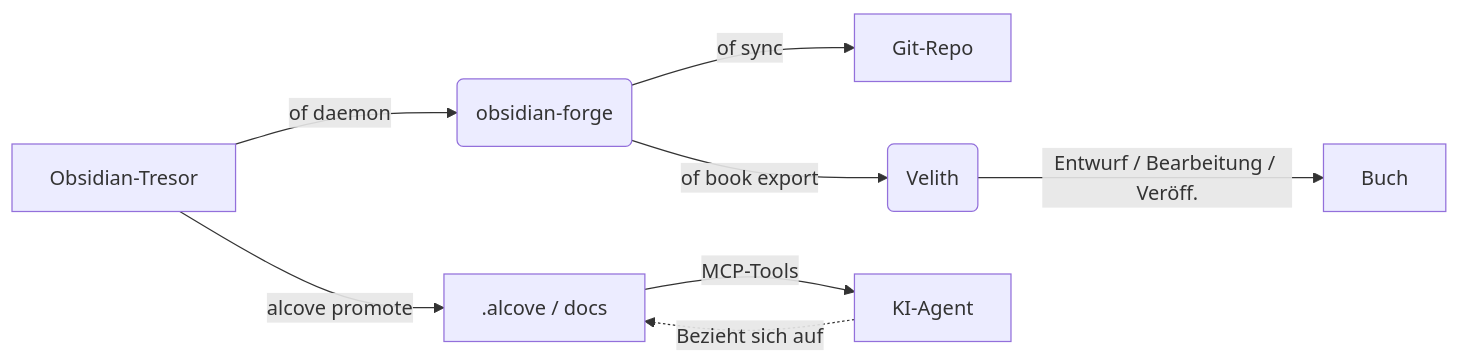
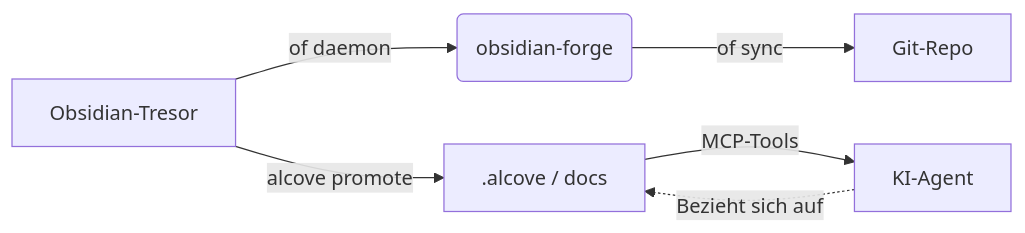
One commit to epicsagas/obsidian-forge changed the diagram in docs/README_de.md. Above: the diagram before and after it, drawn with Mermaid. The commit also changed other lines of this file and 13 other files, not shown here.

````diff
--- a/docs/README_de.md
+++ b/docs/README_de.md
@@ -397,10 +351,8 @@
 ```mermaid
 graph LR
     A[Obsidian-Tresor] -->|of daemon| B(obsidian-forge)
     B -->|of sync| C[Git-Repo]
     A -->|alcove promote| D[.alcove / docs]
     D -->|MCP-Tools| E[KI-Agent]
     E -.->|Bezieht sich auf| D
-    B -->|of book export| F(Velith)
-    F -->|Entwurf / Bearbeitung / Veröff.| G[Buch]
 ```
````
